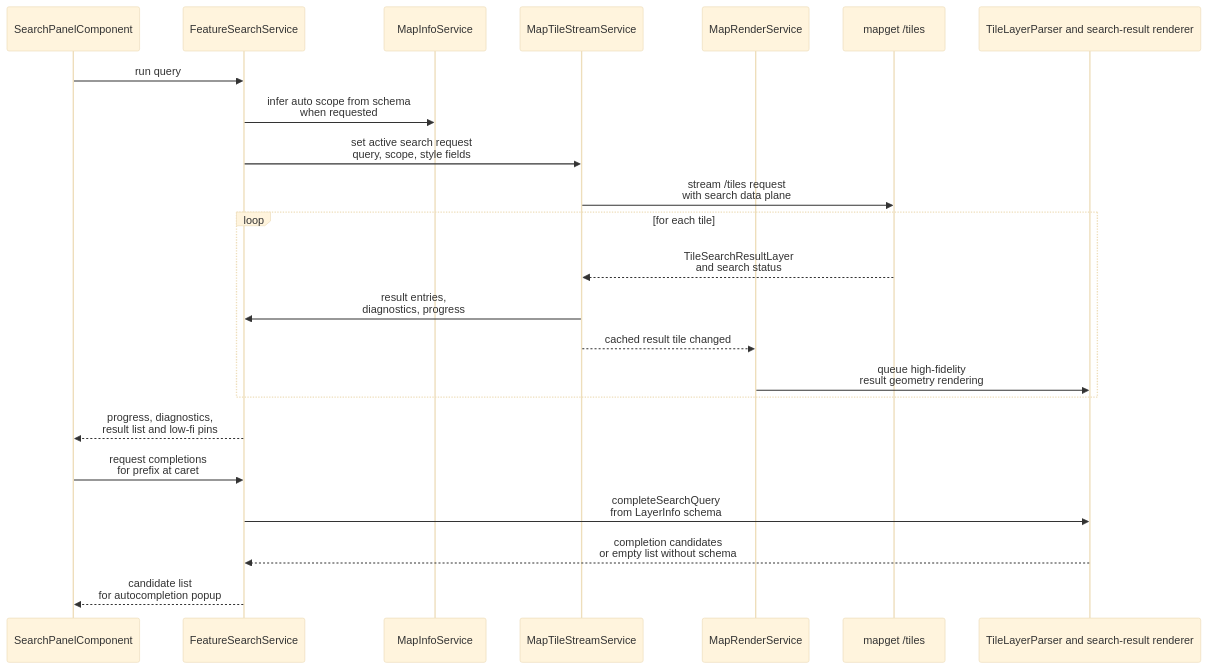
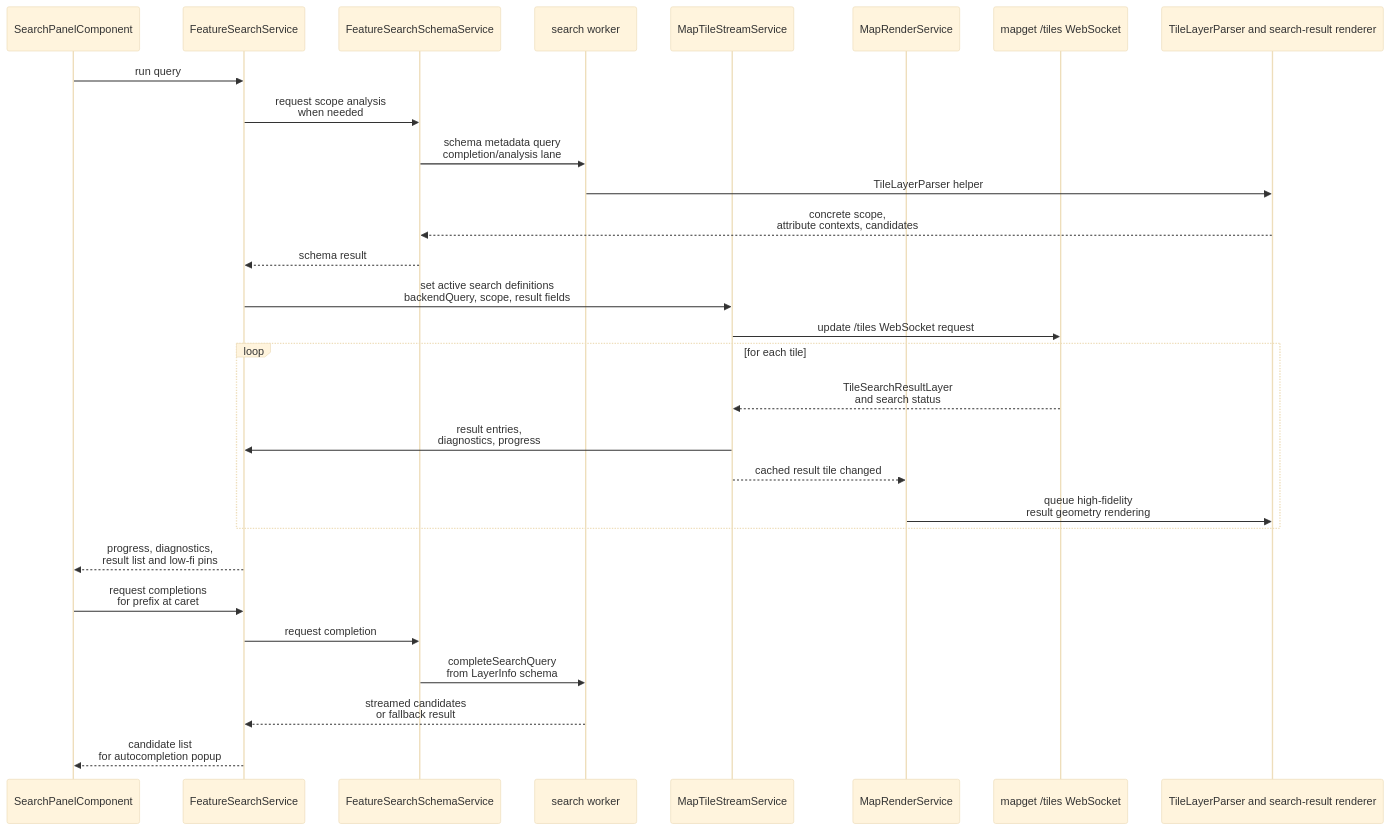
The ninth of 10 diagrams in docs/erdblick-dev-guide.md (ndsev/erdblick), drawn with Mermaid (base theme) before and after one commit. The commit also changed other lines of this file and 19 other files, not shown here.

````diff
--- a/docs/erdblick-dev-guide.md
+++ b/docs/erdblick-dev-guide.md
@@ -708,29 +714,35 @@
 ```mermaid
 sequenceDiagram
   participant UI as SearchPanelComponent
   participant Search as FeatureSearchService
-  participant MapInfo as MapInfoService
+  participant Schema as FeatureSearchSchemaService
+  participant Worker as search worker
   participant TileStream as MapTileStreamService
   participant Render as MapRenderService
-  participant Backend as mapget /tiles
+  participant Backend as mapget /tiles WebSocket
   participant Core as TileLayerParser and search-result renderer
 
   UI->>Search: run query
-  Search->>MapInfo: infer auto scope from schema<br>when requested
-  Search->>TileStream: set active search request<br>query, scope, style fields
-  TileStream->>Backend: stream /tiles request<br>with search data plane
+  Search->>Schema: request scope analysis<br>when needed
+  Schema->>Worker: schema metadata query<br>completion/analysis lane
+  Worker->>Core: TileLayerParser helper
+  Core-->>Schema: concrete scope,<br>attribute contexts, candidates
+  Schema-->>Search: schema result
+  Search->>TileStream: set active search definitions<br>backendQuery, scope, result fields
+  TileStream->>Backend: update /tiles WebSocket request
 
   loop for each tile
     Backend-->>TileStream: TileSearchResultLayer<br>and search status
     TileStream->>Search: result entries,<br>diagnostics, progress
     TileStream-->>Render: cached result tile changed
     Render->>Core: queue high-fidelity<br>result geometry rendering
   end
 
   Search-->>UI: progress, diagnostics,<br>result list and low-fi pins
 
   UI->>Search: request completions<br>for prefix at caret
-  Search->>Core: completeSearchQuery<br>from LayerInfo schema
-  Core-->>Search: completion candidates<br>or empty list without schema
+  Search->>Schema: request completion
+  Schema->>Worker: completeSearchQuery<br>from LayerInfo schema
+  Worker-->>Search: streamed candidates<br>or fallback result
   Search-->>UI: candidate list<br>for autocompletion popup
 ```
````
